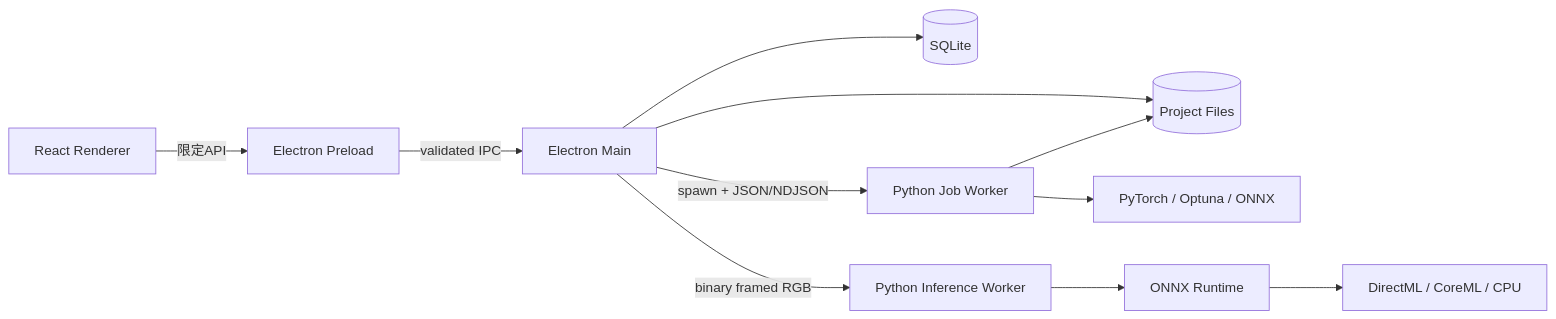
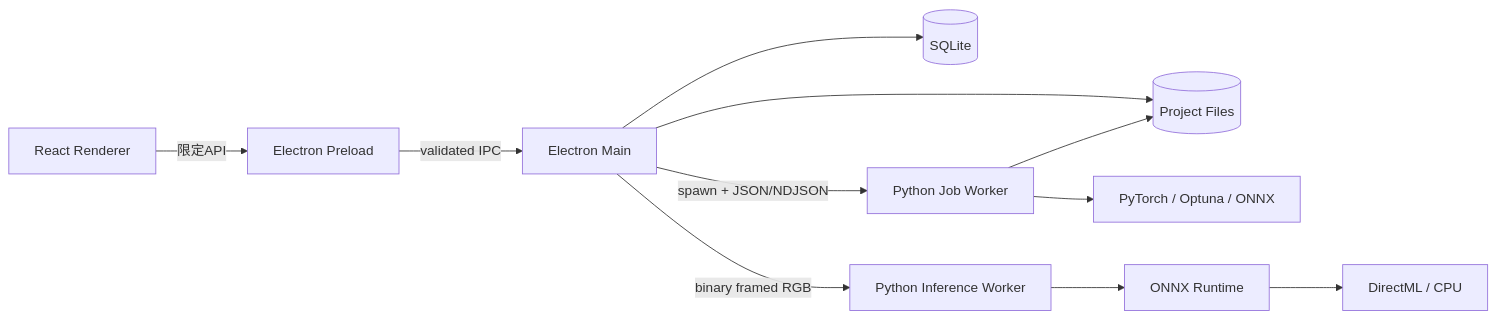
The first of 2 diagrams in docs/implementation-plan.md (dahatake/AutoVision-Studio), drawn with Mermaid before and after one commit. The commit also changed other lines of this file and 35 other files, not shown here.

````diff
--- a/docs/implementation-plan.md
+++ b/docs/implementation-plan.md
@@ -92,13 +116,13 @@
 ```mermaid
 flowchart LR
     R[React Renderer] -->|限定API| P[Electron Preload]
     P -->|validated IPC| M[Electron Main]
     M --> DB[(SQLite)]
     M --> FS[(Project Files)]
     M -->|spawn + JSON/NDJSON| J[Python Job Worker]
     M -->|binary framed RGB| I[Python Inference Worker]
     J --> FS
     J --> PT[PyTorch / Optuna / ONNX]
     I --> ORT[ONNX Runtime]
-    ORT --> EP[DirectML / CoreML / CPU]
+    ORT --> EP[DirectML / CPU]
 ```
````
